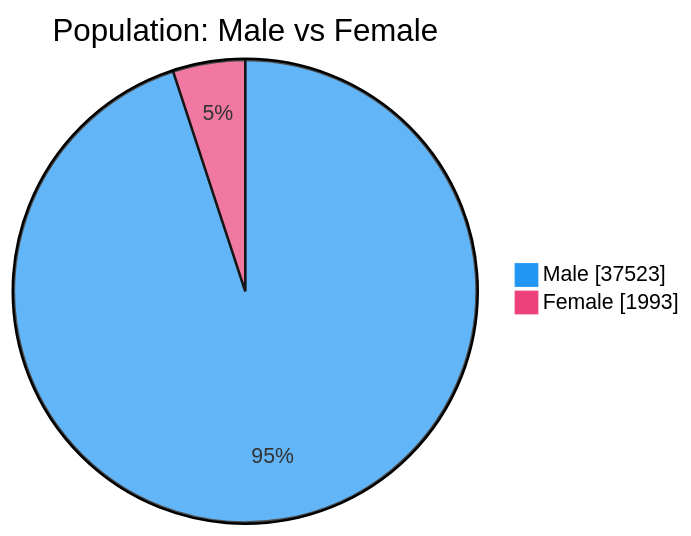
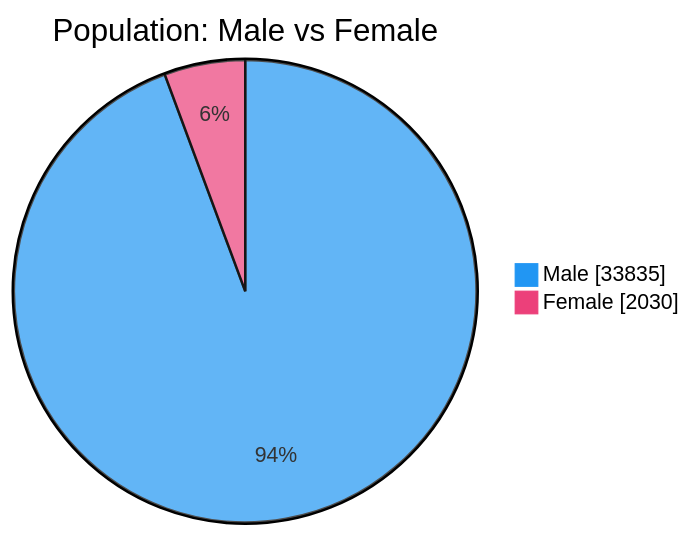
Before and after one commit to nuuuwan/lk_prisons: the second of 7 diagrams in README.md, drawn with Mermaid. The commit also changed other lines of this file and 1 other file, not shown here.

````diff
--- a/README.md
+++ b/README.md
@@ -54,6 +54,6 @@
 ```mermaid
 %%{init: {'themeVariables': {'pie1': '#2196F3', 'pie2': '#EC407A'}}}%%
 pie showData title Population: Male vs Female
-    "Male" : 37523
-    "Female" : 1993
+    "Male" : 33835
+    "Female" : 2030
 ```
````
